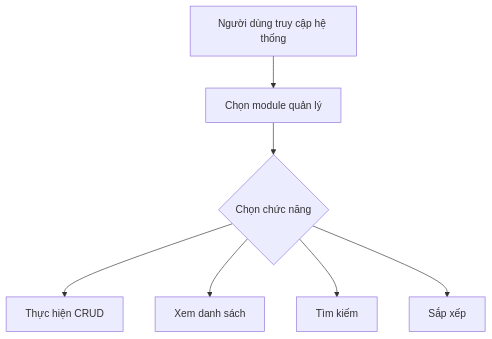
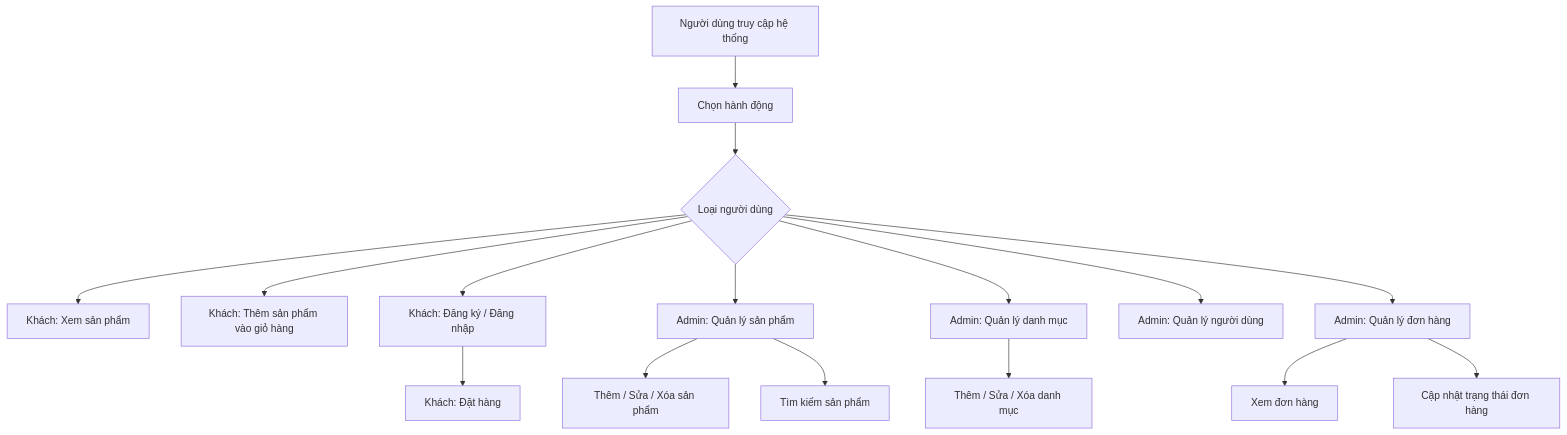
The diagram in README.md (Nguyendat0819/Lavarel-CLOTHING_SHOP), drawn with Mermaid before and after one commit.

````diff
--- a/README.md
+++ b/README.md
@@ -35,9 +35,23 @@
 ```mermaid
 graph TD;
-    A[Người dùng truy cập hệ thống] --> B[Chọn module quản lý];
-    B --> C{Chọn chức năng};
-    C --> D[Thực hiện CRUD];
-    C --> E[Xem danh sách];
-    C --> F[Tìm kiếm];
-    C --> G[Sắp xếp];
+    A[Người dùng truy cập hệ thống] --> B[Chọn hành động];
+    B --> C{Loại người dùng};
+
+    C --> D[Khách: Xem sản phẩm];
+    C --> E[Khách: Thêm sản phẩm vào giỏ hàng];
+    C --> F[Khách: Đăng ký / Đăng nhập];
+    F --> G[Khách: Đặt hàng];
+
+    C --> H[Admin: Quản lý sản phẩm];
+    H --> H1[Thêm / Sửa / Xóa sản phẩm];
+    H --> H2[Tìm kiếm sản phẩm];
+    
+    C --> I[Admin: Quản lý danh mục];
+    I --> I1[Thêm / Sửa / Xóa danh mục];
+
+    C --> J[Admin: Quản lý người dùng];
+    C --> K[Admin: Quản lý đơn hàng];
+    K --> K1[Xem đơn hàng];
+    K --> K2[Cập nhật trạng thái đơn hàng];
+
 ```
````
